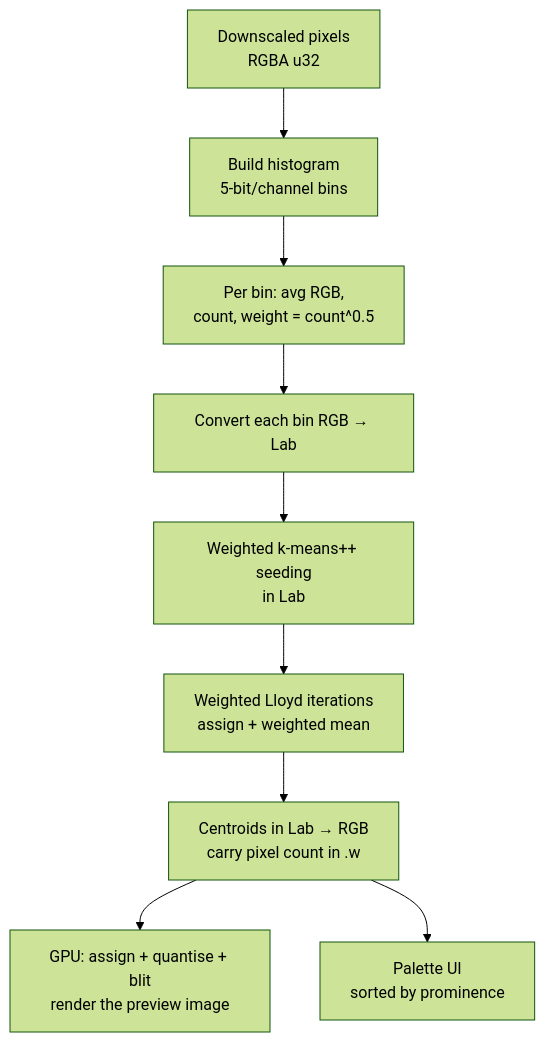
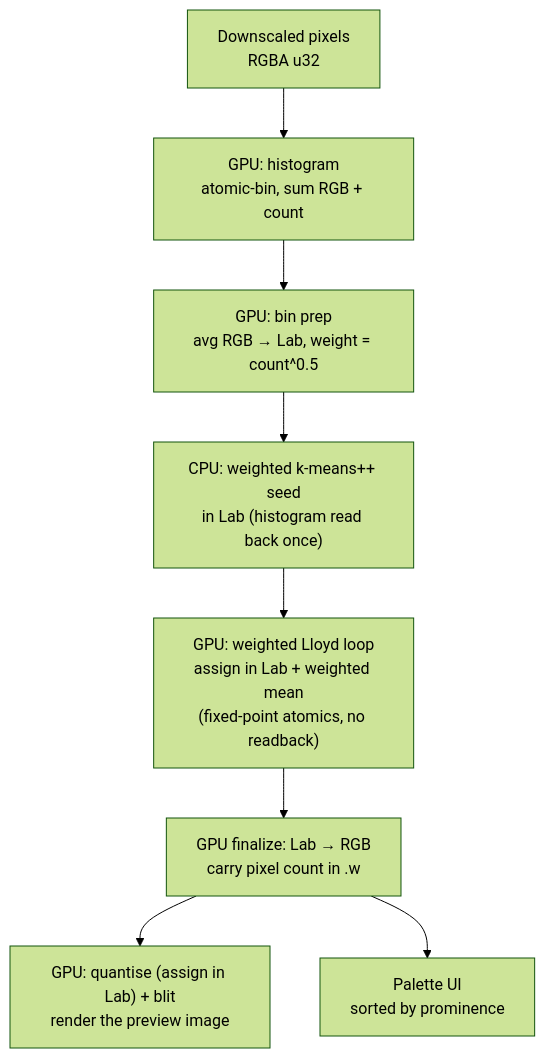
The diagram in docs/perceptual-palette.md (N0Ls/Kmean-WebGPU), drawn with Mermaid (forest theme) before and after one commit. The commit also changed other lines of this file and 11 other files, not shown here.

````diff
--- a/docs/perceptual-palette.md
+++ b/docs/perceptual-palette.md
@@ -68,11 +71,10 @@
 ```mermaid
 flowchart TD
-    A[Downscaled pixels<br/>RGBA u32] --> B[Build histogram<br/>5-bit/channel bins]
-    B --> C[Per bin: avg RGB,<br/>count, weight = count^0.5]
-    C --> D[Convert each bin RGB → Lab]
-    D --> E[Weighted k-means++ seeding<br/>in Lab]
-    E --> F[Weighted Lloyd iterations<br/>assign + weighted mean]
-    F --> G[Centroids in Lab → RGB<br/>carry pixel count in .w]
-    G --> H[GPU: assign + quantise + blit<br/>render the preview image]
+    A[Downscaled pixels<br/>RGBA u32] --> B["GPU: histogram<br/>atomic-bin, sum RGB + count"]
+    B --> C["GPU: bin prep<br/>avg RGB → Lab, weight = count^0.5"]
+    C --> S["CPU: weighted k-means++ seed<br/>in Lab (histogram read back once)"]
+    S --> F["GPU: weighted Lloyd loop<br/>assign in Lab + weighted mean<br/>(fixed-point atomics, no readback)"]
+    F --> G["GPU finalize: Lab → RGB<br/>carry pixel count in .w"]
+    G --> H["GPU: quantise (assign in Lab) + blit<br/>render the preview image"]
     G --> I[Palette UI<br/>sorted by prominence]
 ```
````
